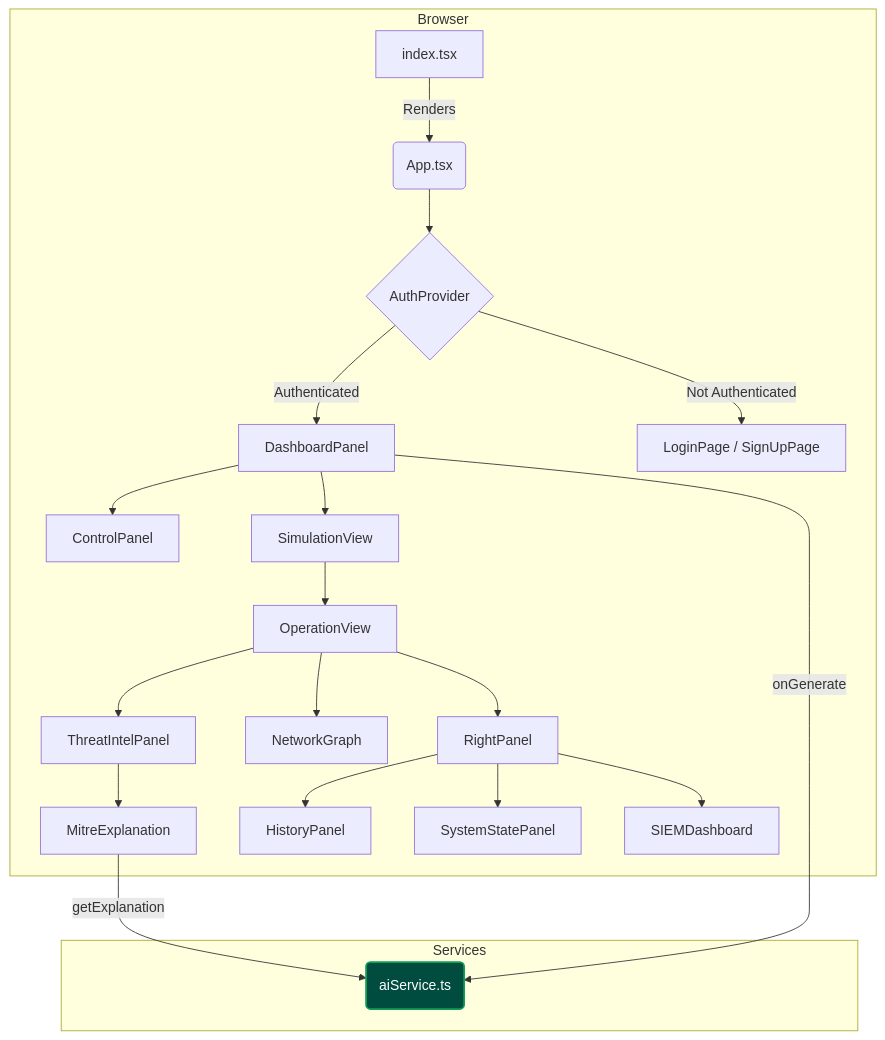
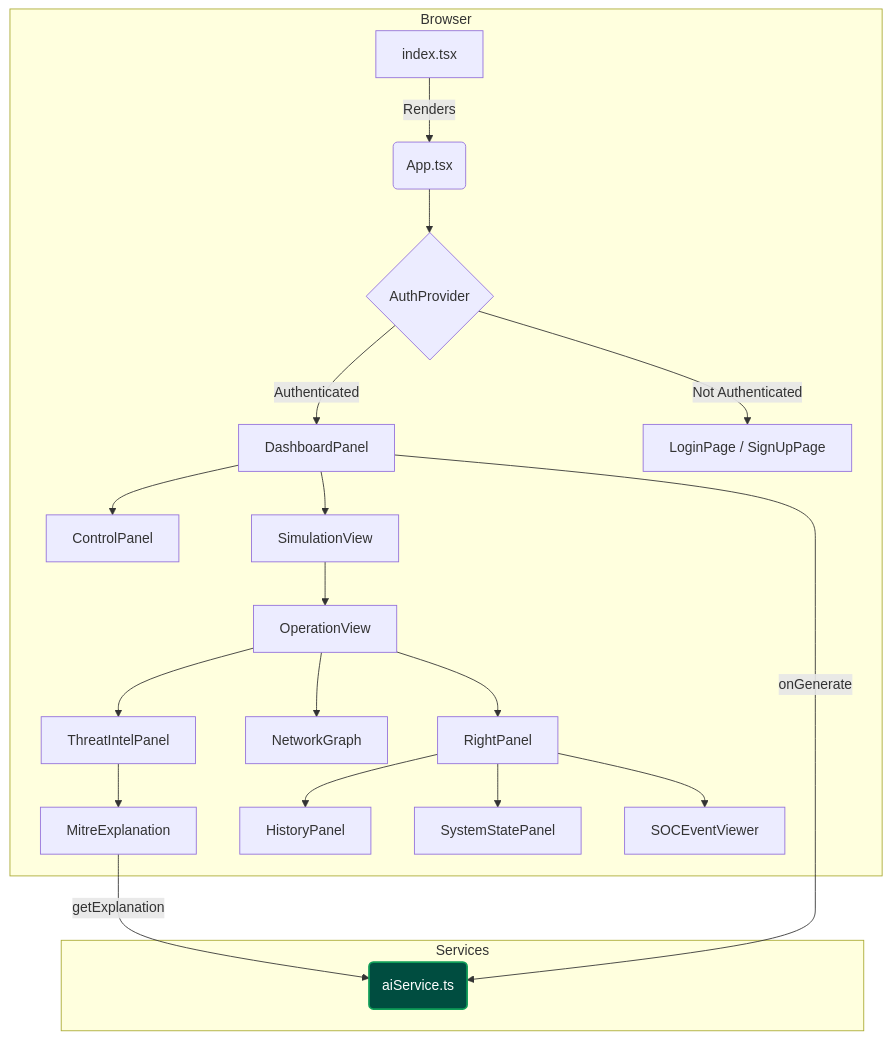
One commit to ritvikindupuri/AD-AttackSim changed the diagram in TECHNICAL_DOCUMENTATION.md. Above: the diagram before and after it, drawn with Mermaid. The commit also changed other lines of this file and 12 other files, not shown here.

````diff
--- a/TECHNICAL_DOCUMENTATION.md
+++ b/TECHNICAL_DOCUMENTATION.md
@@ -18,33 +17,33 @@
 ```mermaid
 graph TD
     subgraph Browser
         A[index.tsx] -->|Renders| B(App.tsx);
         B --> C{AuthProvider};
         C -->|Authenticated| D[DashboardPanel];
         C -->|Not Authenticated| E[LoginPage / SignUpPage];
 
         D --> F[ControlPanel];
         D --> G[SimulationView];
         
         G --> H[OperationView];
 
         H --> I[ThreatIntelPanel];
         H --> J[NetworkGraph];
         H --> K[RightPanel];
 
         K --> L[HistoryPanel];
         K --> M[SystemStatePanel];
-        K --> N[SIEMDashboard];
+        K --> N[SOCEventViewer];
         
         I --> O[MitreExplanation];
     end
 
     subgraph Services
         S(aiService.ts);
     end
 
     D -->|onGenerate| S;
     O -->|getExplanation| S;
 
     style S fill:#004d40,stroke:#0f9d58,stroke-width:2px,color:#fff
 ```
````
